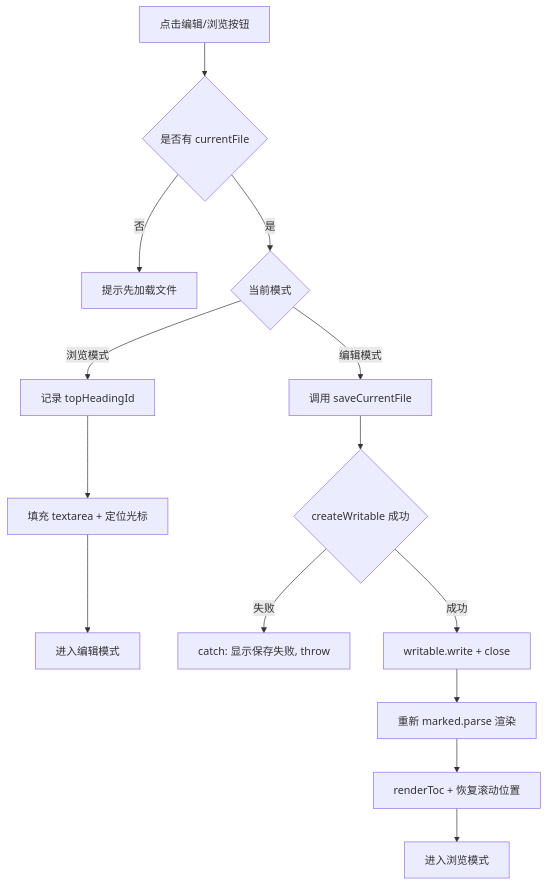
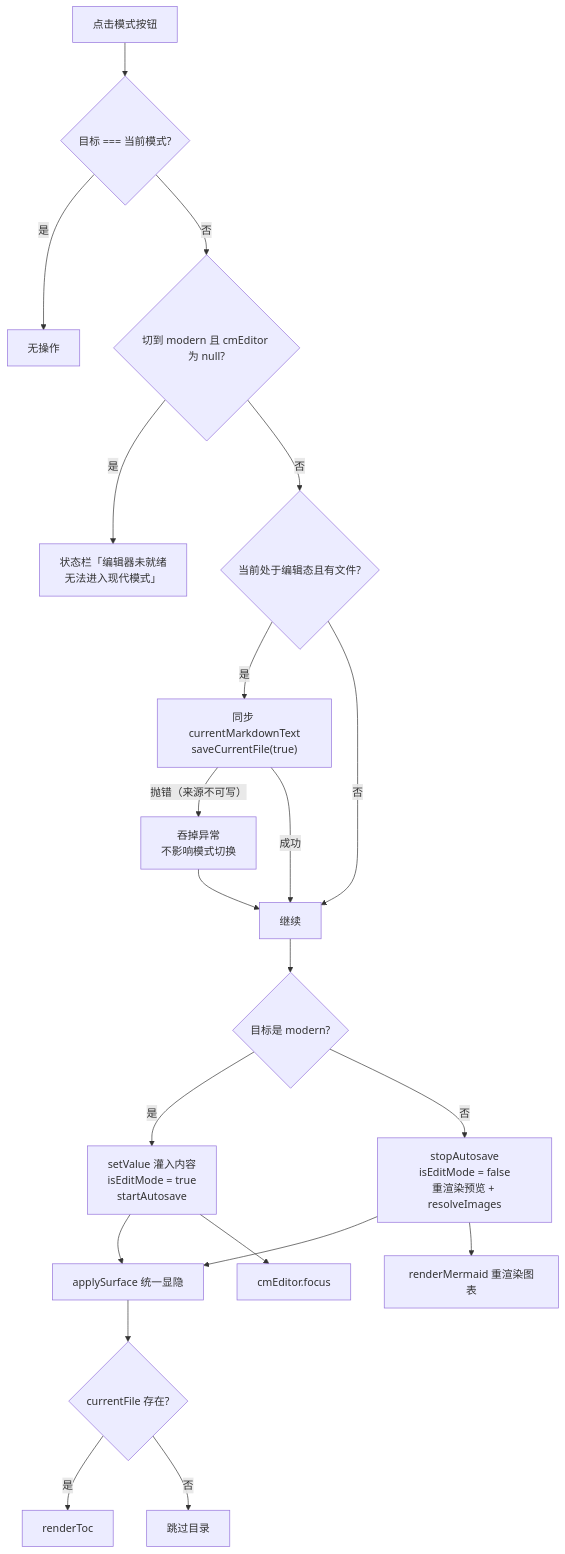
One commit to Leo-H-W/LightMDKit changed the ninth of 19 diagrams in doc/kb/业务知识库/业务流程详解.md. Above: the diagram before and after it, drawn with Mermaid. The commit also changed other lines of this file and 13 other files, not shown here.

````diff
--- a/doc/kb/业务知识库/业务流程详解.md
+++ b/doc/kb/业务知识库/业务流程详解.md
@@ -446,16 +1308,23 @@
 ```mermaid
 graph TD
-    A[点击编辑/浏览按钮] --> B{是否有 currentFile}
-    B -->|否| C[提示先加载文件]
-    B -->|是| D{当前模式}
-    D -->|浏览模式| E[记录 topHeadingId]
-    E --> F[填充 textarea + 定位光标]
-    F --> G[进入编辑模式]
-    D -->|编辑模式| H[调用 saveCurrentFile]
-    H --> I{createWritable 成功}
-    I -->|失败| J[catch: 显示保存失败, throw]
-    I -->|成功| K[writable.write + close]
-    K --> L[重新 marked.parse 渲染]
-    L --> M[renderToc + 恢复滚动位置]
-    M --> N[进入浏览模式]
+    A["点击模式按钮"] --> B{"目标 === 当前模式?"}
+    B -->|是| C["无操作"]
+    B -->|否| D{"切到 modern 且 cmEditor 为 null?"}
+    D -->|是| E["状态栏「编辑器未就绪<br/>无法进入现代模式」"]
+    D -->|否| F{"当前处于编辑态且有文件?"}
+    F -->|是| G["同步 currentMarkdownText<br/>saveCurrentFile(true)"]
+    G -->|"抛错（来源不可写）"| H["吞掉异常<br/>不影响模式切换"]
+    G -->|成功| I["继续"]
+    H --> I
+    F -->|否| I
+    I --> J{"目标是 modern?"}
+    J -->|是| K["setValue 灌入内容<br/>isEditMode = true<br/>startAutosave"]
+    J -->|否| L["stopAutosave<br/>isEditMode = false<br/>重渲染预览 + resolveImages"]
+    K --> M["applySurface 统一显隐"]
+    L --> M
+    M --> N{"currentFile 存在?"}
+    N -->|是| O["renderToc"]
+    N -->|否| P["跳过目录"]
+    L --> Q["renderMermaid 重渲染图表"]
+    K --> R["cmEditor.focus"]
 ```
````
